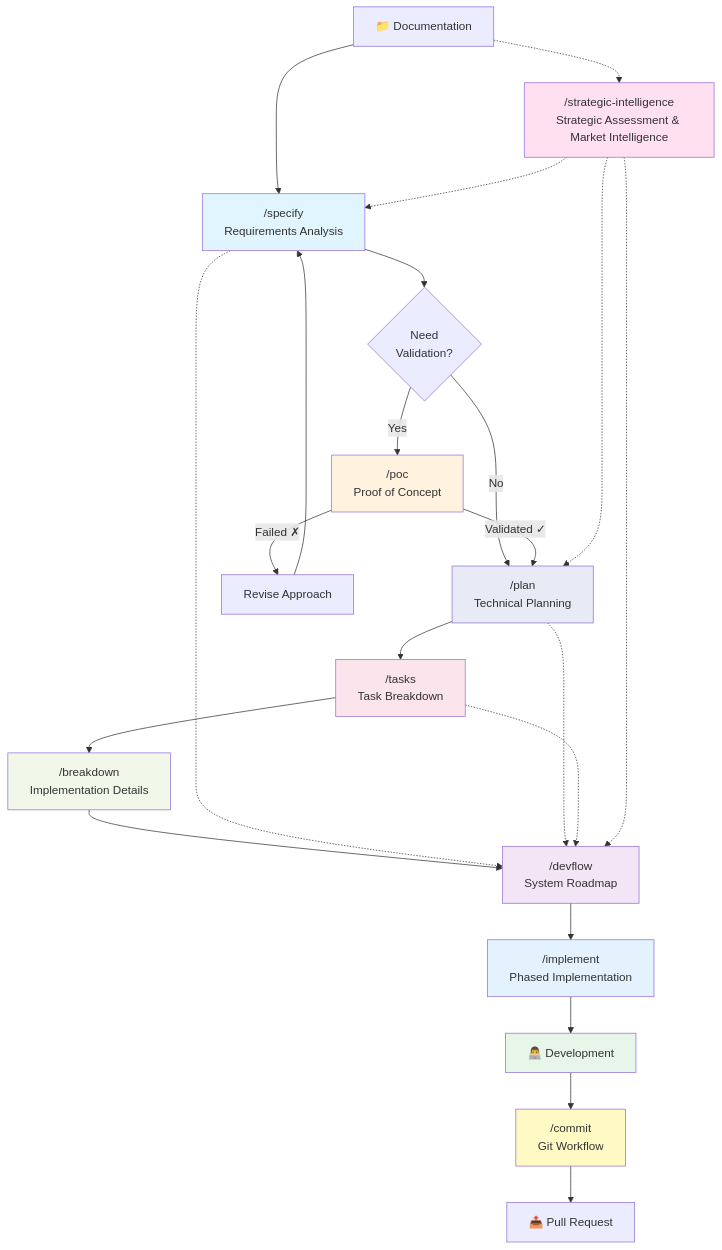
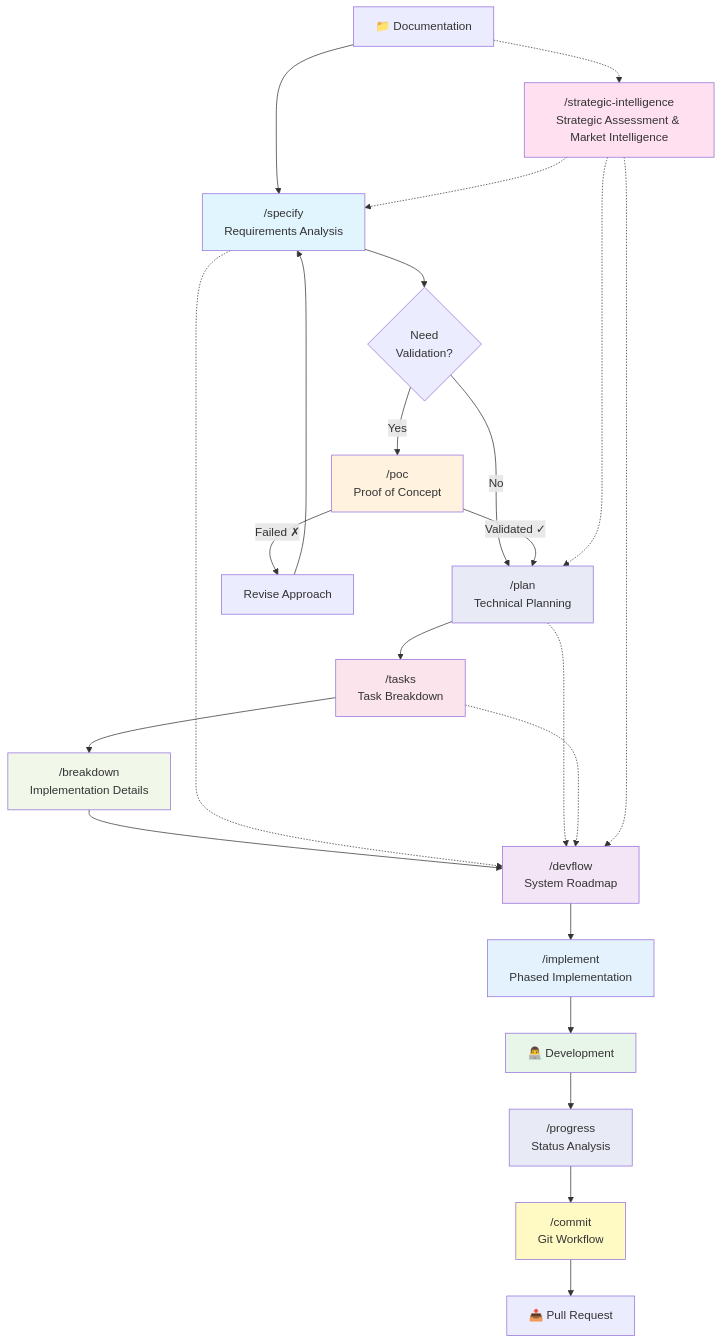
The first of 23 diagrams in commands/WORKFLOW.md (Mathews-Tom/sage-dev), drawn with Mermaid before and after one commit. The commit also changed other lines of this file and 1 other file, not shown here.

Commit message:
docs: integrate /progress into workflow and usage. Positions status analysis between /implement and /commit with updated diagrams, sequences, scenarios, and checklists to improve delivery transparency.

````diff
--- a/commands/WORKFLOW.md
+++ b/commands/WORKFLOW.md
@@ -5,41 +5,43 @@
 ```mermaid
 graph TB
     Start[📁 Documentation] --> Specify["/specify<br/>Requirements Analysis"]
 
     Specify --> POC{Need<br/>Validation?}
     POC -->|Yes| POCGen["/poc<br/>Proof of Concept"]
     POC -->|No| Plan
     POCGen -->|Validated ✓| Plan["/plan<br/>Technical Planning"]
     POCGen -->|Failed ✗| Revise[Revise Approach]
     Revise --> Specify
 
     Plan --> Tasks["/tasks<br/>Task Breakdown"]
     Tasks --> Breakdown["/breakdown<br/>Implementation Details"]
 
     Breakdown --> DevFlow["/devflow<br/>System Roadmap"]
     DevFlow --> Implement["/implement<br/>Phased Implementation"]
     Implement --> Dev[👨‍💻 Development]
 
     Specify -.-> DevFlow
     Plan -.-> DevFlow
     Tasks -.-> DevFlow
 
     Start -.-> Assessment["/strategic-intelligence<br/>Strategic Assessment & Market Intelligence"]
     Assessment -.-> Specify
     Assessment -.-> Plan
     Assessment -.-> DevFlow
 
-    Dev --> Commit["/commit<br/>Git Workflow"]
+    Dev --> Progress["/progress<br/>Status Analysis"]
+    Progress --> Commit["/commit<br/>Git Workflow"]
     Commit --> PR[📤 Pull Request]
 
     style POCGen fill:#fff3e0
     style Specify fill:#e1f5fe
     style Dev fill:#e8f5e9
     style DevFlow fill:#f3e5f5
     style Plan fill:#e8eaf6
     style Tasks fill:#fce4ec
     style Breakdown fill:#f1f8e9
     style Implement fill:#e3f2fd
+    style Progress fill:#e8eaf6
     style Commit fill:#fff9c4
     style Assessment fill:#ffe0f0
 ```
````
